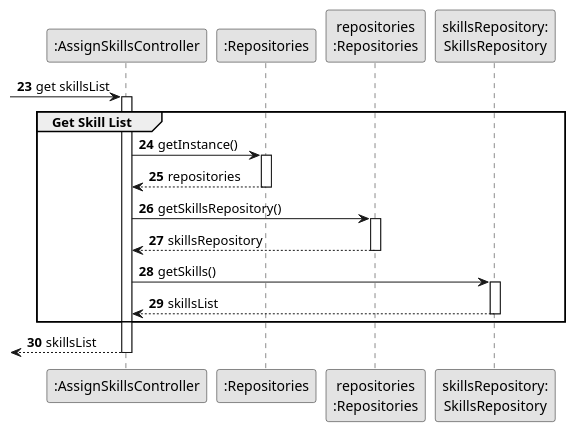
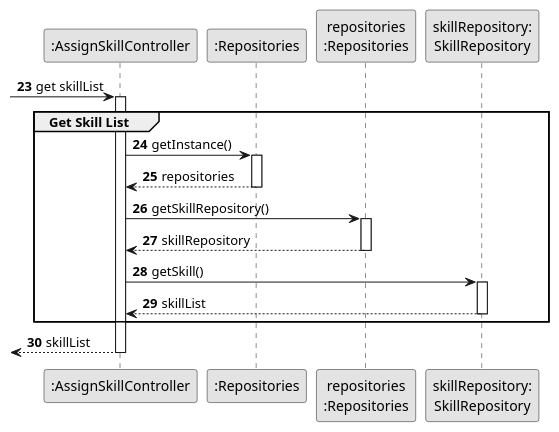
The diagram in docs/sprintB/us004/03.design/puml/us004-sequence-diagram-partial-get-skill-list.puml (ricardomm7/leaflink), drawn with PlantUML before and after one commit. The commit also changed 10 other files, not shown here.

```diff
--- a/docs/sprintB/us004/03.design/puml/us004-sequence-diagram-partial-get-skill-list.puml
+++ b/docs/sprintB/us004/03.design/puml/us004-sequence-diagram-partial-get-skill-list.puml
@@ -1,38 +1,38 @@
 @startuml
 skinparam monochrome true
 skinparam packageStyle rectangle
 skinparam shadowing false
 
 autonumber 23
 
-participant ":AssignSkillsController" as CTRL
+participant ":AssignSkillController" as CTRL
 participant ":Repositories" as GlobRepo
 participant "repositories\n:Repositories" as PLAT
-participant "skillsRepository:\nSkillsRepository" as skillsRepository
+participant "skillRepository:\nSkillRepository" as skillRepository
 
 
--> CTRL : get skillsList
+-> CTRL : get skillList
 activate CTRL
 group Get Skill List
 CTRL -> GlobRepo : getInstance()
 activate GlobRepo
 
 GlobRepo --> CTRL : repositories
 deactivate GlobRepo
 
-CTRL -> PLAT : getSkillsRepository()
+CTRL -> PLAT : getSkillRepository()
 activate PLAT
 
-PLAT -->  CTRL: skillsRepository
+PLAT -->  CTRL: skillRepository
 deactivate PLAT
 
-CTRL -> skillsRepository : getSkills()
-activate skillsRepository
+CTRL -> skillRepository : getSkill()
+activate skillRepository
 
-skillsRepository --> CTRL : skillsList
-deactivate skillsRepository
+skillRepository --> CTRL : skillList
+deactivate skillRepository
 end
-<-- CTRL : skillsList
+<-- CTRL : skillList
 deactivate CTRL
 
 @enduml
```
